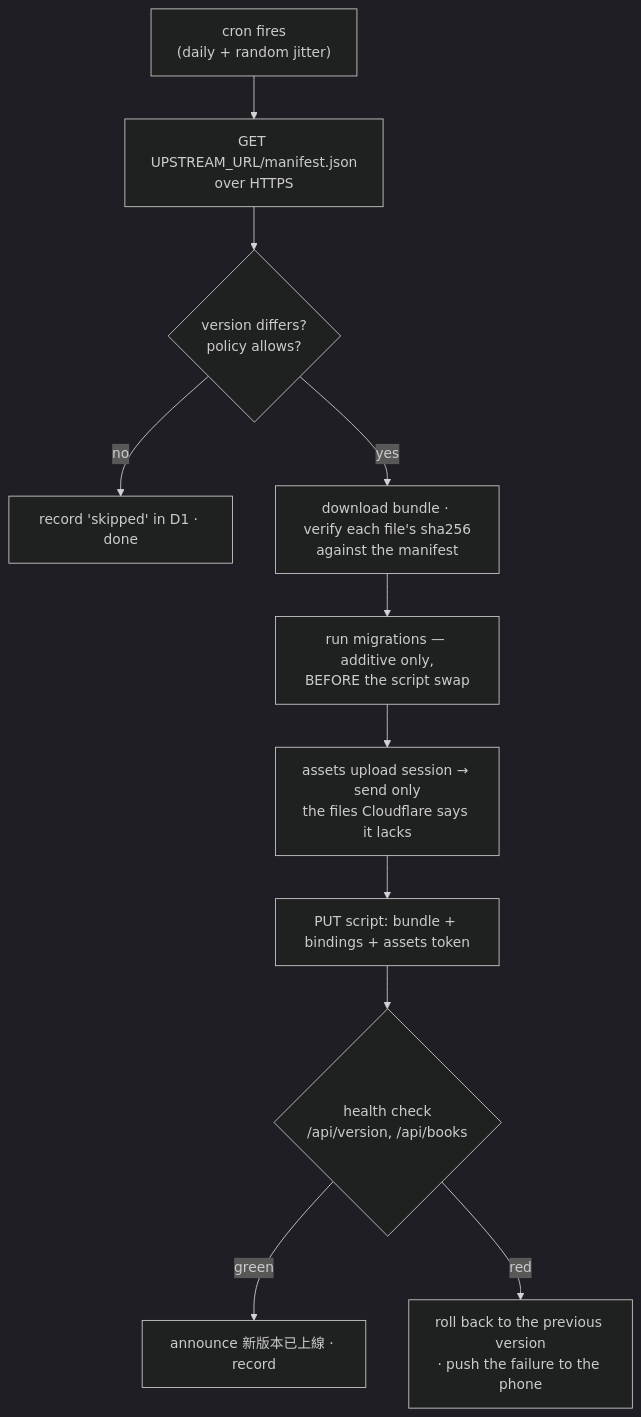
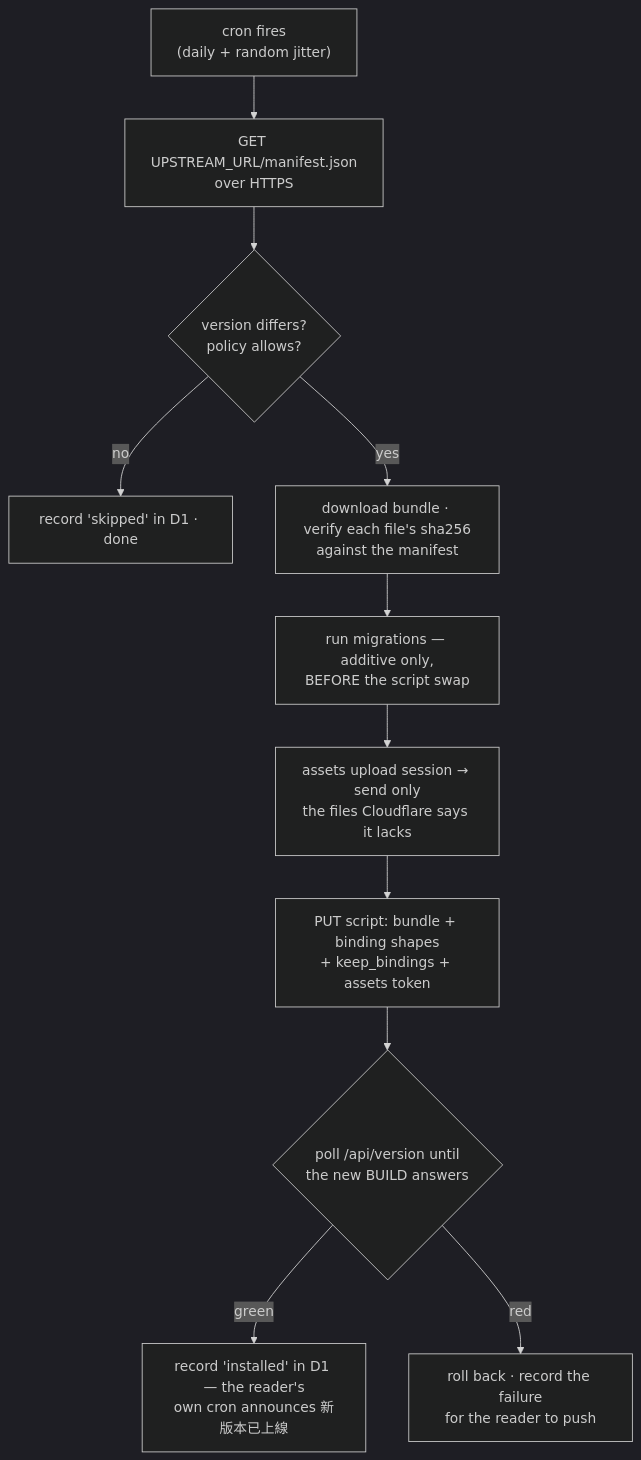
The diagram in docs/pull-mode-updates.md (enstw/bookworm), drawn with Mermaid (dark theme) before and after one commit. The commit also changed other lines of this file, not shown here.

````diff
--- a/docs/pull-mode-updates.md
+++ b/docs/pull-mode-updates.md
@@ -114,13 +123,13 @@
 ```mermaid
 flowchart TD
   C["cron fires<br/>(daily + random jitter)"] --> M["GET UPSTREAM_URL/manifest.json<br/>over HTTPS"]
   M --> V{"version differs?<br/>policy allows?"}
   V -->|no| S["record 'skipped' in D1 · done"]
   V -->|yes| D["download bundle · verify each file's sha256<br/>against the manifest"]
   D --> MIG["run migrations — additive only,<br/>BEFORE the script swap"]
   MIG --> A["assets upload session → send only<br/>the files Cloudflare says it lacks"]
-  A --> P["PUT script: bundle + bindings + assets token"]
-  P --> H{"health check<br/>/api/version, /api/books"}
-  H -->|green| OK["announce 新版本已上線 · record"]
-  H -->|red| RB["roll back to the previous version<br/>· push the failure to the phone"]
+  A --> P["PUT script: bundle + binding shapes<br/>+ keep_bindings + assets token"]
+  P --> H{"poll /api/version until<br/>the new BUILD answers"}
+  H -->|green| OK["record 'installed' in D1 — the reader's<br/>own cron announces 新版本已上線"]
+  H -->|red| RB["roll back · record the failure<br/>for the reader to push"]
 ```
````
